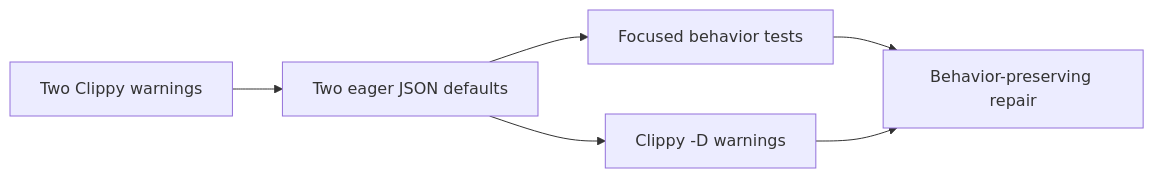
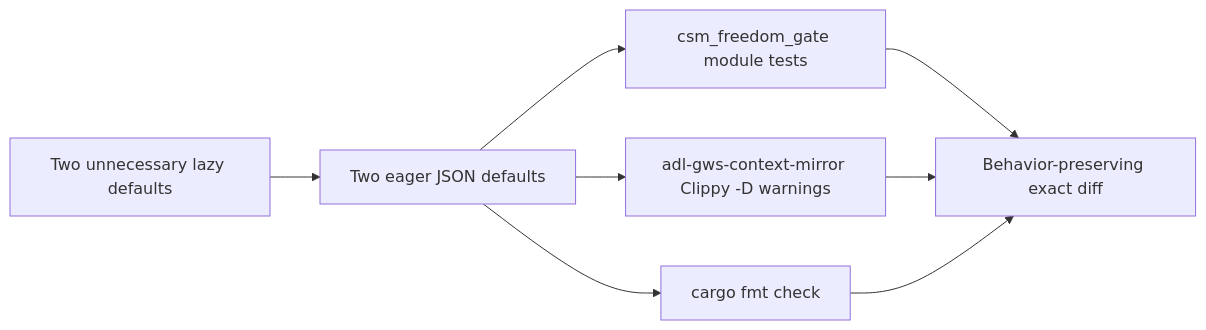
The diagram in .csdlc/prepared/issues/5812/diagram.mmd (danielbaustin/agent-design-language), drawn with Mermaid before and after one commit. The commit also changed 148 other files, not shown here.

```diff
--- a/.csdlc/prepared/issues/5812/diagram.mmd
+++ b/.csdlc/prepared/issues/5812/diagram.mmd
@@ -1,6 +1,8 @@
 flowchart LR
-  W["Two Clippy warnings"] --> F["Two eager JSON defaults"]
-  F --> T["Focused behavior tests"]
-  F --> C["Clippy -D warnings"]
-  T --> R["Behavior-preserving repair"]
+  W["Two unnecessary lazy defaults"] --> E["Two eager JSON defaults"]
+  E --> T["csm_freedom_gate module tests"]
+  E --> C["adl-gws-context-mirror Clippy -D warnings"]
+  E --> F["cargo fmt check"]
+  T --> R["Behavior-preserving exact diff"]
   C --> R
+  F --> R
```
